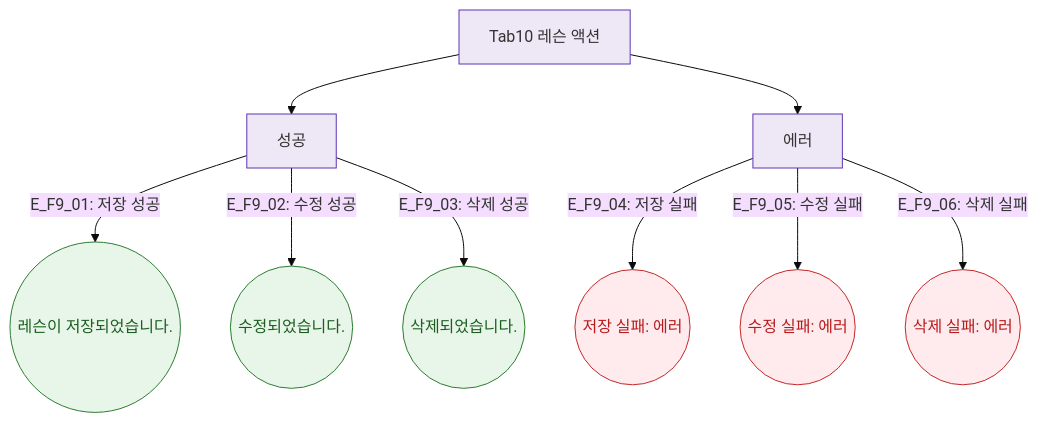
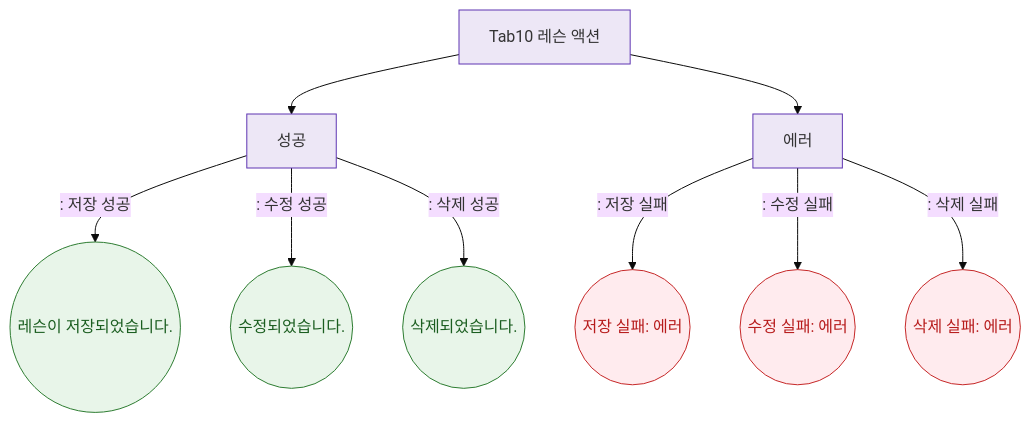
One commit to dev-spogym/admin-pando changed the diagram in docs/다이어그램/D02_회원관리/SCR-M004_회원상세/Tab10_레슨/F9_토스트.md. Above: the diagram before and after it, drawn with Mermaid (base theme). The commit also changed other lines of this file and 1660 other files, not shown here.

First line of the commit message:
다이어그램: 기획자/클라이언트 납품본으로 정리

````diff
--- a/docs/다이어그램/D02_회원관리/SCR-M004_회원상세/Tab10_레슨/F9_토스트.md
+++ b/docs/다이어그램/D02_회원관리/SCR-M004_회원상세/Tab10_레슨/F9_토스트.md
@@ -22,19 +20,19 @@
 ```mermaid
 flowchart TD
   ACTIONS[Tab10 레슨 액션] --> T_OK[성공]
   ACTIONS --> T_ERR[에러]
 
-  T_OK -->|"E_F9_01: 저장 성공"| TS1((레슨이 저장되었습니다.))
-  T_OK -->|"E_F9_02: 수정 성공"| TS2((수정되었습니다.))
-  T_OK -->|"E_F9_03: 삭제 성공"| TS3((삭제되었습니다.))
-  T_ERR -->|"E_F9_04: 저장 실패"| TE1((저장 실패: 에러))
-  T_ERR -->|"E_F9_05: 수정 실패"| TE2((수정 실패: 에러))
-  T_ERR -->|"E_F9_06: 삭제 실패"| TE3((삭제 실패: 에러))
+  T_OK -->|": 저장 성공"|TS1((레슨이 저장되었습니다.))
+  T_OK -->|": 수정 성공"|TS2((수정되었습니다.))
+  T_OK -->|": 삭제 성공"|TS3((삭제되었습니다.))
+  T_ERR -->|": 저장 실패"|TE1((저장 실패: 에러))
+  T_ERR -->|": 수정 실패"|TE2((수정 실패: 에러))
+  T_ERR -->|": 삭제 실패"|TE3((삭제 실패: 에러))
 
   classDef success fill:#E8F5E9,stroke:#2E7D32,color:#1B5E20
   classDef error fill:#FFEBEE,stroke:#C62828,color:#B71C1C
   classDef system fill:#EDE7F6,stroke:#5E35B2
   class TS1,TS2,TS3 success
   class TE1,TE2,TE3 error
   class ACTIONS,T_OK,T_ERR system
 ```
````
